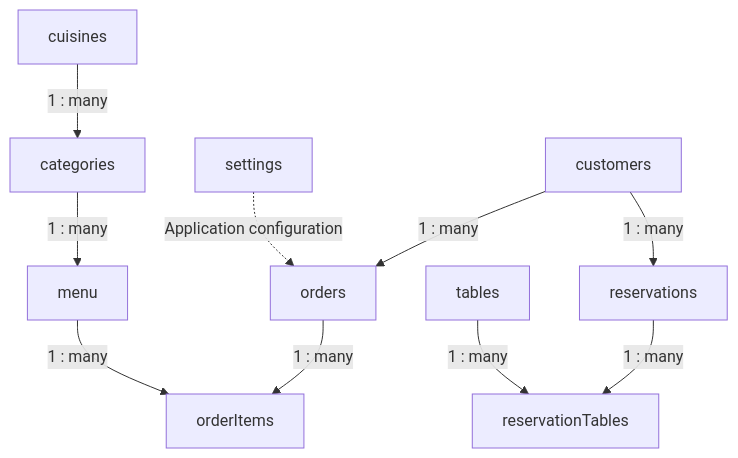
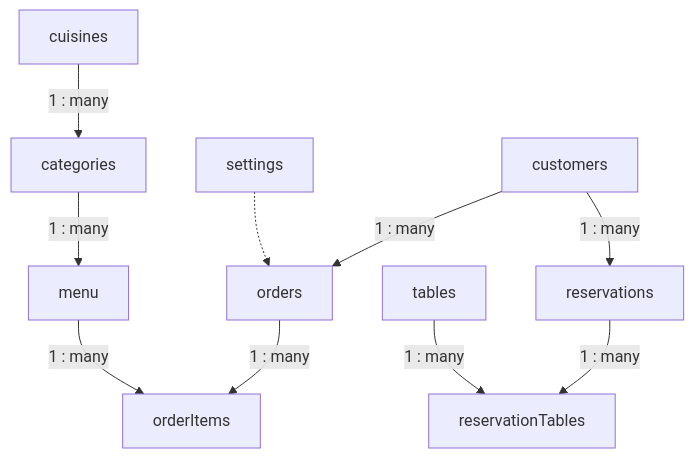
The fourth of 6 diagrams in README.md (ashwin8223/tasty-treat-website), drawn with Mermaid before and after one commit. The commit also changed other lines of this file and 25 other files, not shown here.

````diff
--- a/README.md
+++ b/README.md
@@ -288,29 +249,15 @@
 ```mermaid
 flowchart TB
-    CUISINES["cuisines"]
-    CATEGORIES["categories"]
-    MENU["menu"]
+    CUISINES["cuisines"] -->|"1 : many"| CATEGORIES["categories"]
+    CATEGORIES -->|"1 : many"| MENU["menu"]
 
-    CUSTOMERS["customers"]
-    ORDERS["orders"]
-    ITEMS["orderItems"]
+    CUSTOMERS["customers"] -->|"1 : many"| ORDERS["orders"]
+    ORDERS -->|"1 : many"| ORDER_ITEMS["orderItems"]
+    MENU -->|"1 : many"| ORDER_ITEMS
 
-    RESERVATIONS["reservations"]
-    RES_TABLES["reservationTables"]
-    TABLES["tables"]
+    CUSTOMERS -->|"1 : many"| RESERVATIONS["reservations"]
+    RESERVATIONS -->|"1 : many"| RES_TABLES["reservationTables"]
+    TABLES["tables"] -->|"1 : many"| RES_TABLES
 
-    SETTINGS["settings"]
-
-    CUISINES -->|"1 : many"| CATEGORIES
-    CATEGORIES -->|"1 : many"| MENU
-
-    CUSTOMERS -->|"1 : many"| ORDERS
-    ORDERS -->|"1 : many"| ITEMS
-    MENU -->|"1 : many"| ITEMS
-
-    CUSTOMERS -->|"1 : many"| RESERVATIONS
-    RESERVATIONS -->|"1 : many"| RES_TABLES
-    TABLES -->|"1 : many"| RES_TABLES
-
-    SETTINGS -.->|"Application configuration"| ORDERS
+    SETTINGS["settings"] -.-> ORDERS
 ```
````
